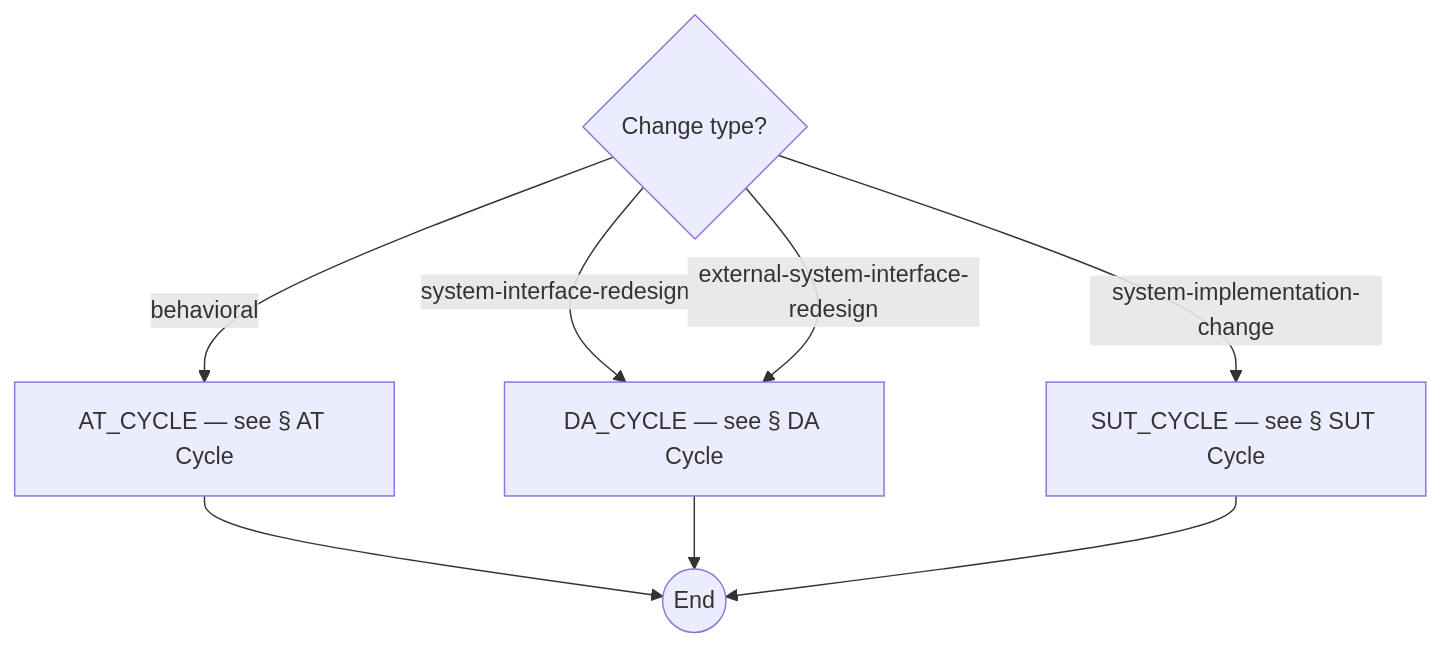
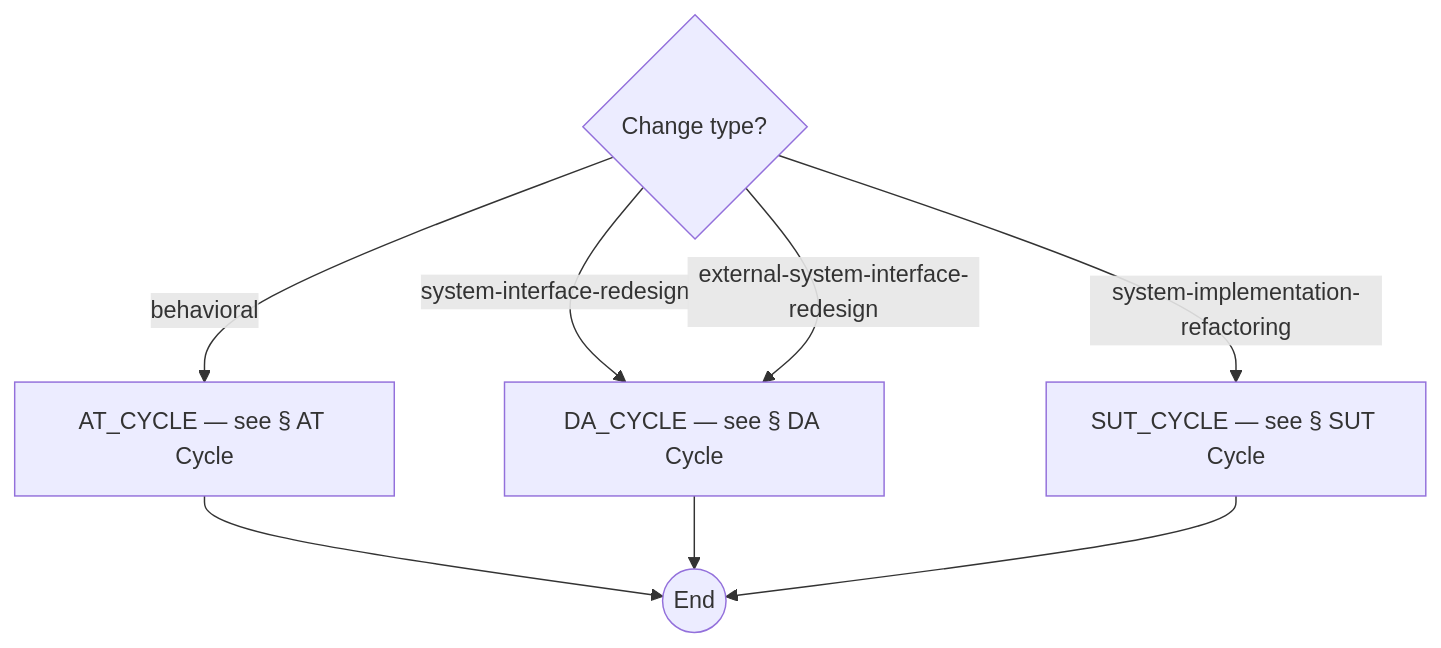
Before and after one commit to optivem/gh-optivem: the fifth of 17 diagrams in docs/process-diagram.md, drawn with Mermaid. The commit also changed other lines of this file and 60 other files, not shown here.

````diff
--- a/docs/process-diagram.md
+++ b/docs/process-diagram.md
@@ -127,16 +127,16 @@
 ```mermaid
 flowchart TD
     AT_CYCLE[AT_CYCLE — see § AT Cycle]
     CYCLE_END((End))
     DA_CYCLE[DA_CYCLE — see § DA Cycle]
     GATE_CHANGE_TYPE{Change type?}
     SUT_CYCLE[SUT_CYCLE — see § SUT Cycle]
 
     GATE_CHANGE_TYPE -- behavioral --> AT_CYCLE
     GATE_CHANGE_TYPE -- system-interface-redesign --> DA_CYCLE
     GATE_CHANGE_TYPE -- external-system-interface-redesign --> DA_CYCLE
-    GATE_CHANGE_TYPE -- system-implementation-change --> SUT_CYCLE
+    GATE_CHANGE_TYPE -- system-implementation-refactoring --> SUT_CYCLE
     AT_CYCLE --> CYCLE_END
     DA_CYCLE --> CYCLE_END
     SUT_CYCLE --> CYCLE_END
 ```
````
